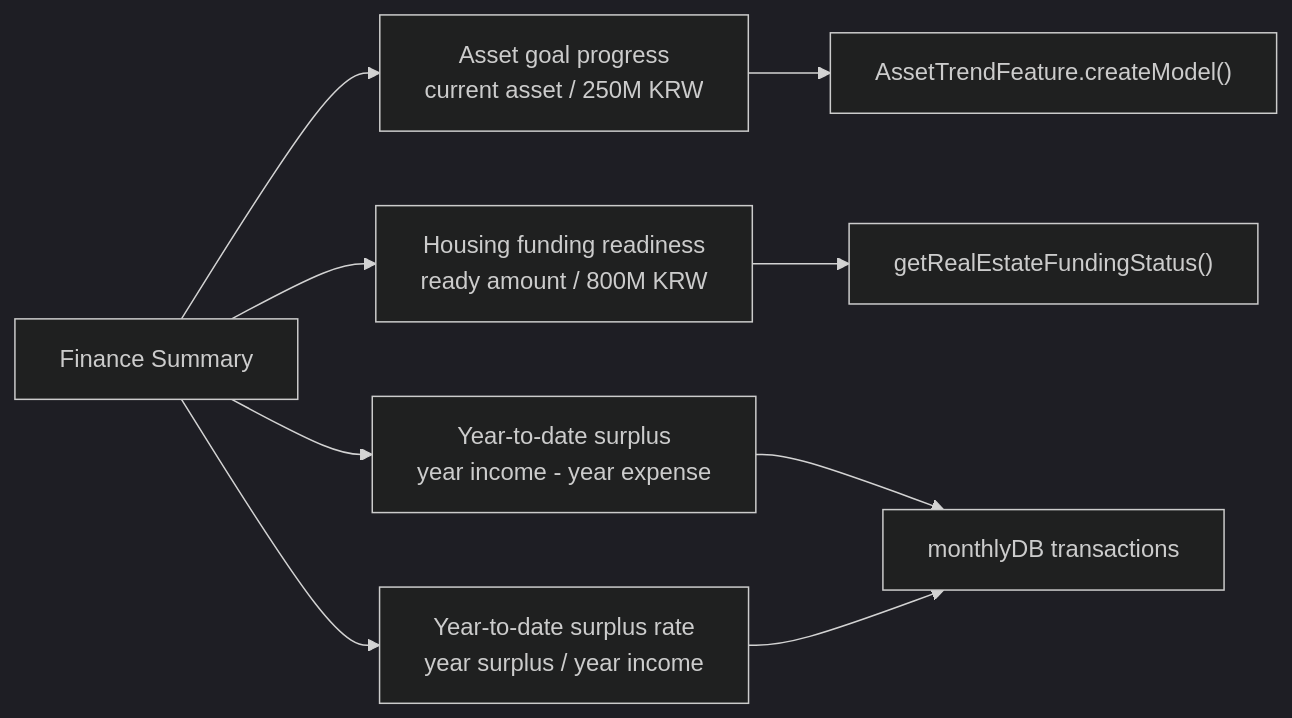
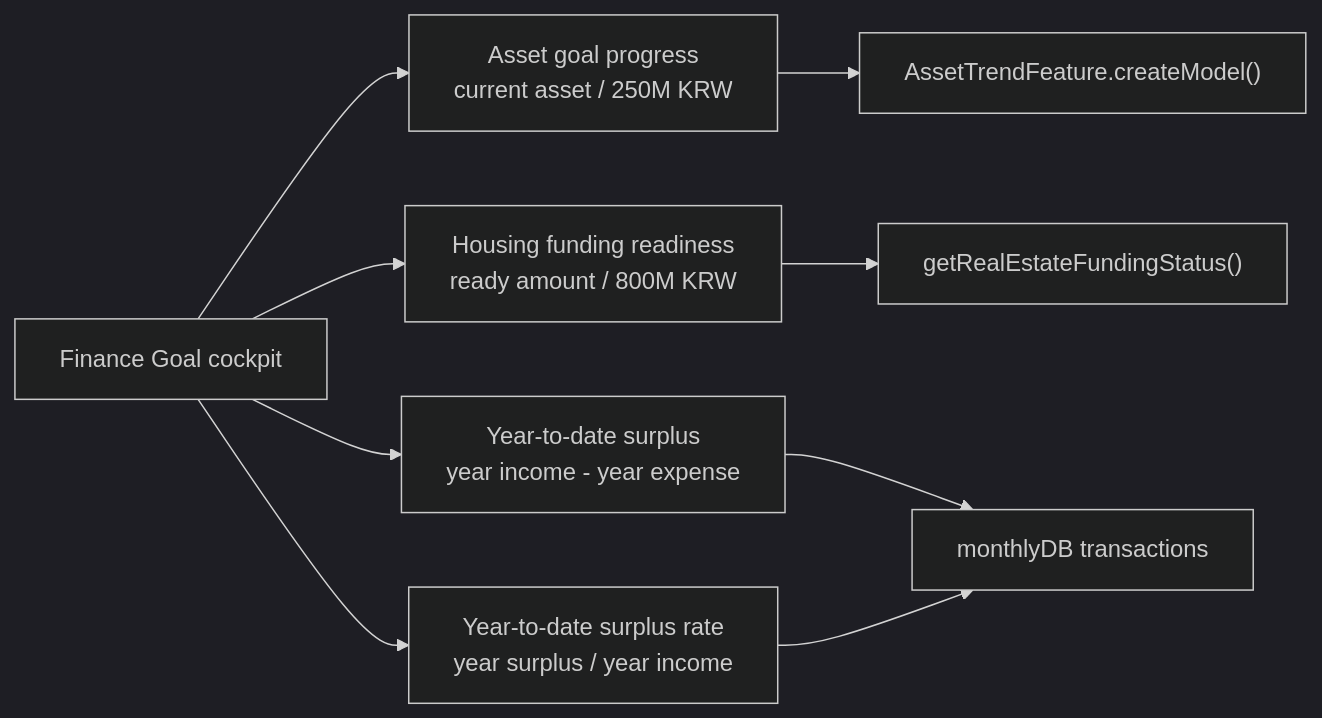
One commit to ksg0694-ops/NetVisualizer changed the fourth of 13 diagrams in docs/02-design/current-architecture-map.md. Above: the diagram before and after it, drawn with Mermaid (dark theme). The commit also changed other lines of this file and 2 other files, not shown here.

Commit message:
Make finance cockpit the goal screen

````diff
--- a/docs/02-design/current-architecture-map.md
+++ b/docs/02-design/current-architecture-map.md
@@ -71,12 +71,12 @@
 ```mermaid
 flowchart LR
-    FinanceSummary["Finance Summary"] --> AssetGoal["Asset goal progress\ncurrent asset / 250M KRW"]
-    FinanceSummary --> HousingFunding["Housing funding readiness\nready amount / 800M KRW"]
-    FinanceSummary --> YearSurplus["Year-to-date surplus\nyear income - year expense"]
-    FinanceSummary --> SurplusRate["Year-to-date surplus rate\nyear surplus / year income"]
+    FinanceGoal["Finance Goal cockpit"] --> AssetGoal["Asset goal progress\ncurrent asset / 250M KRW"]
+    FinanceGoal --> HousingFunding["Housing funding readiness\nready amount / 800M KRW"]
+    FinanceGoal --> YearSurplus["Year-to-date surplus\nyear income - year expense"]
+    FinanceGoal --> SurplusRate["Year-to-date surplus rate\nyear surplus / year income"]
 
     AssetGoal --> AssetTrendModel["AssetTrendFeature.createModel()"]
     HousingFunding --> RealEstateFunding["getRealEstateFundingStatus()"]
     YearSurplus --> MonthlyDB["monthlyDB transactions"]
     SurplusRate --> MonthlyDB
 ```
````
